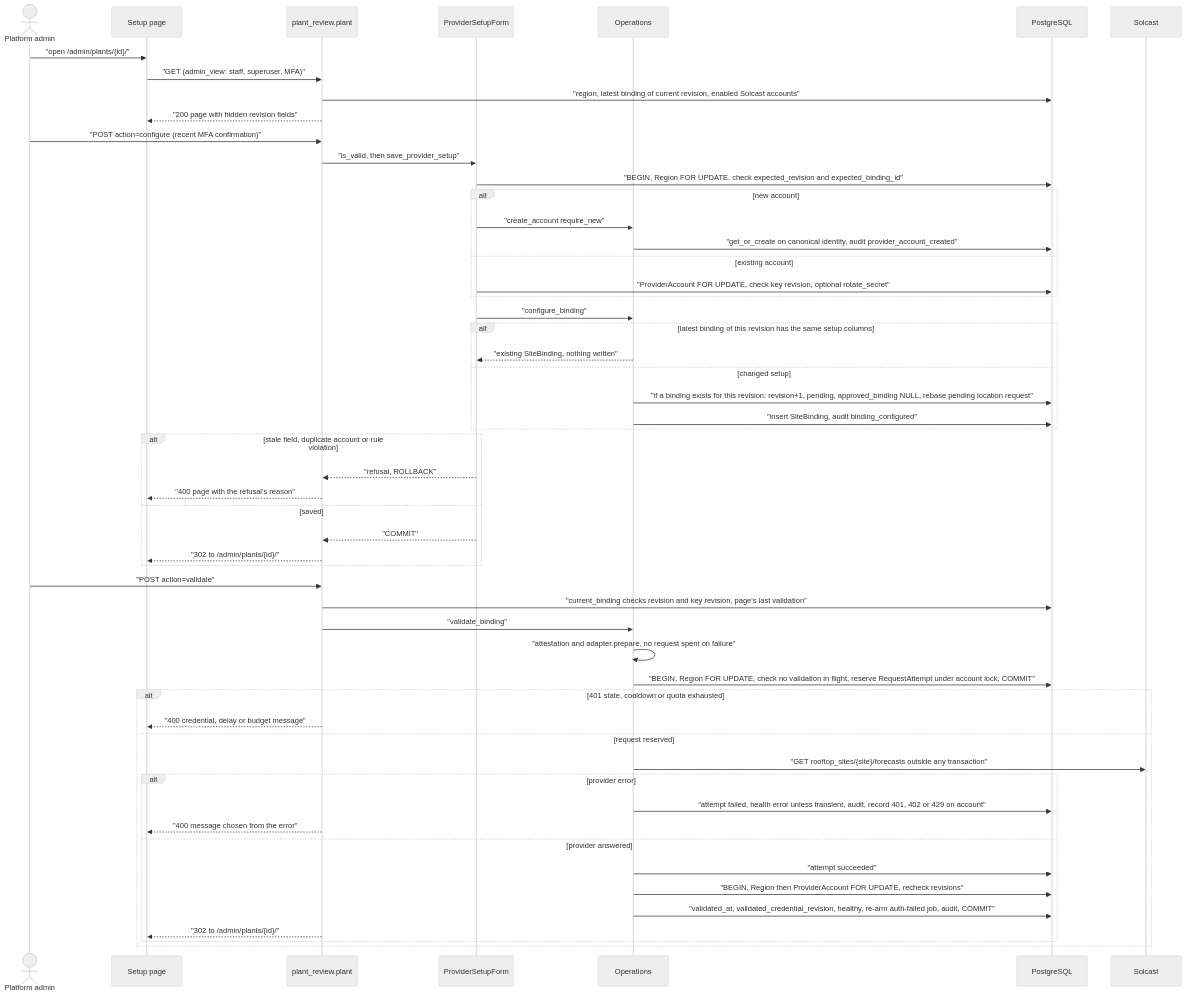
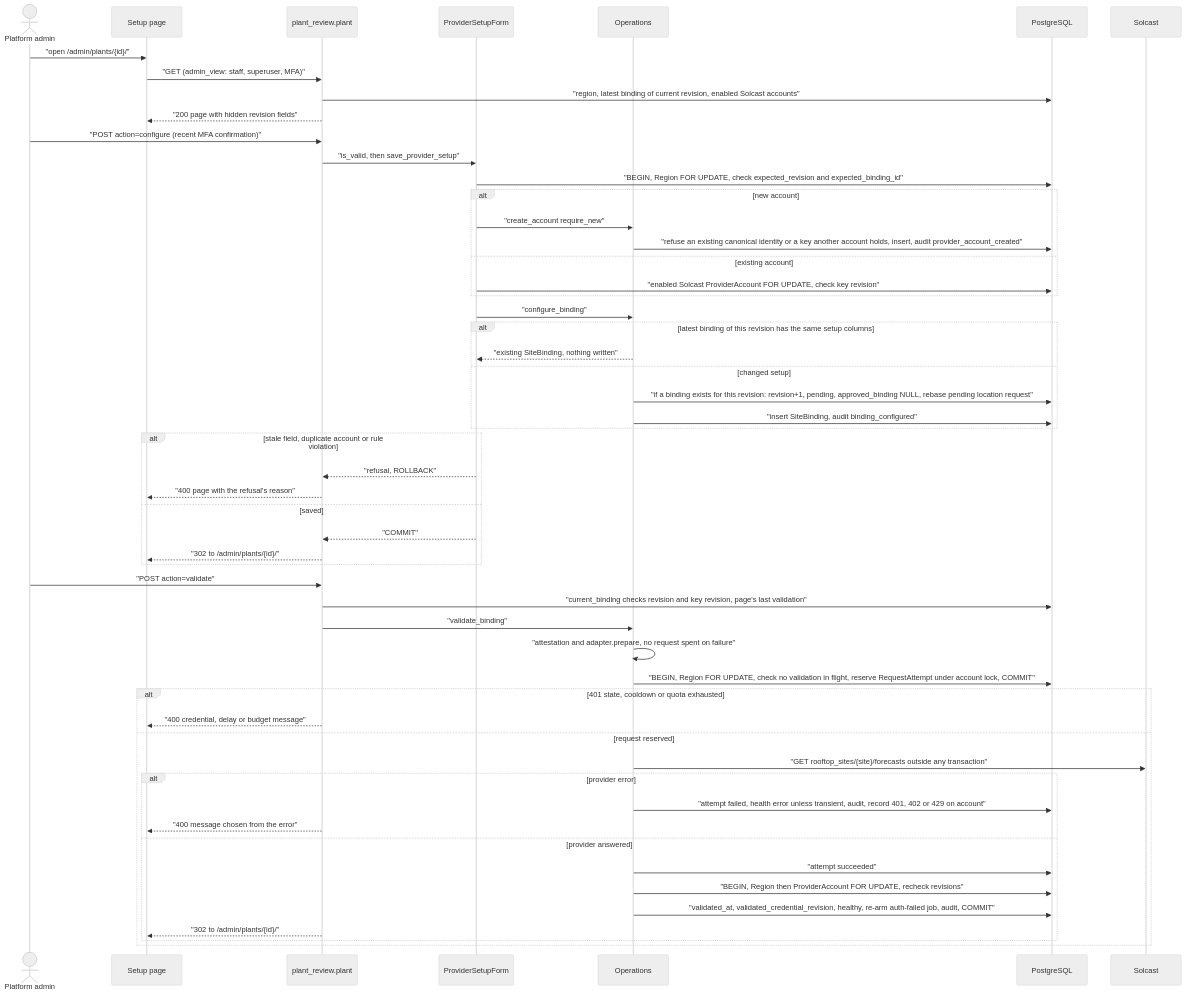
The diagram in docs/flows/provider-connection-setup.md (erkurtharun/pyracast), drawn with Mermaid (neutral theme) before and after one commit. The commit also changed other lines of this file and 52 other files, not shown here.

First line of the commit message:
Bring the flow pages in line with account erasure, typed plant values, on-demand loading, operations events and provider accounts

````diff
--- a/docs/flows/provider-connection-setup.md
+++ b/docs/flows/provider-connection-setup.md
@@ -15,56 +15,56 @@
 ```mermaid
 sequenceDiagram
     actor A as Platform admin
     participant P as Setup page
     participant V as plant_review.plant
     participant F as ProviderSetupForm
     participant O as Operations
     participant DB as PostgreSQL
     participant S as Solcast
     A->>P: "open /admin/plants/{id}/"
     P->>V: "GET (admin_view: staff, superuser, MFA)"
     V->>DB: "region, latest binding of current revision, enabled Solcast accounts"
     V-->>P: "200 page with hidden revision fields"
     A->>V: "POST action=configure (recent MFA confirmation)"
     V->>F: "is_valid, then save_provider_setup"
     F->>DB: "BEGIN, Region FOR UPDATE, check expected_revision and expected_binding_id"
     alt new account
         F->>O: "create_account require_new"
-        O->>DB: "get_or_create on canonical identity, audit provider_account_created"
+        O->>DB: "refuse an existing canonical identity or a key another account holds, insert, audit provider_account_created"
     else existing account
-        F->>DB: "ProviderAccount FOR UPDATE, check key revision, optional rotate_secret"
+        F->>DB: "enabled Solcast ProviderAccount FOR UPDATE, check key revision"
     end
     F->>O: "configure_binding"
     alt latest binding of this revision has the same setup columns
         O-->>F: "existing SiteBinding, nothing written"
     else changed setup
         O->>DB: "if a binding exists for this revision: revision+1, pending, approved_binding NULL, rebase pending location request"
         O->>DB: "insert SiteBinding, audit binding_configured"
     end
     alt stale field, duplicate account or rule violation
         F-->>V: "refusal, ROLLBACK"
         V-->>P: "400 page with the refusal's reason"
     else saved
         F-->>V: "COMMIT"
         V-->>P: "302 to /admin/plants/{id}/"
     end
     A->>V: "POST action=validate"
     V->>DB: "current_binding checks revision and key revision, page's last validation"
     V->>O: "validate_binding"
     O->>O: "attestation and adapter.prepare, no request spent on failure"
     O->>DB: "BEGIN, Region FOR UPDATE, check no validation in flight, reserve RequestAttempt under account lock, COMMIT"
     alt 401 state, cooldown or quota exhausted
         V-->>P: "400 credential, delay or budget message"
     else request reserved
         O->>S: "GET rooftop_sites/{site}/forecasts outside any transaction"
         alt provider error
             O->>DB: "attempt failed, health error unless transient, audit, record 401, 402 or 429 on account"
             V-->>P: "400 message chosen from the error"
         else provider answered
             O->>DB: "attempt succeeded"
             O->>DB: "BEGIN, Region then ProviderAccount FOR UPDATE, recheck revisions"
             O->>DB: "validated_at, validated_credential_revision, healthy, re-arm auth-failed job, audit, COMMIT"
             V-->>P: "302 to /admin/plants/{id}/"
         end
     end
 ```
````
